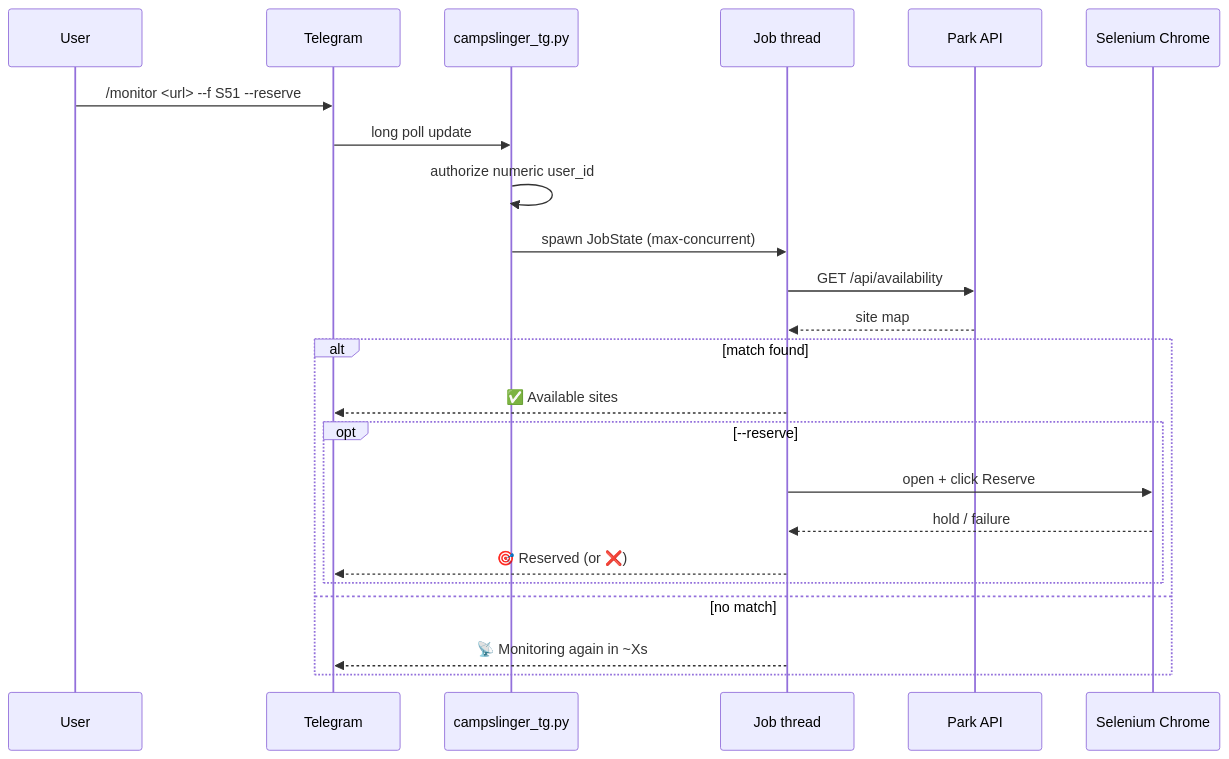
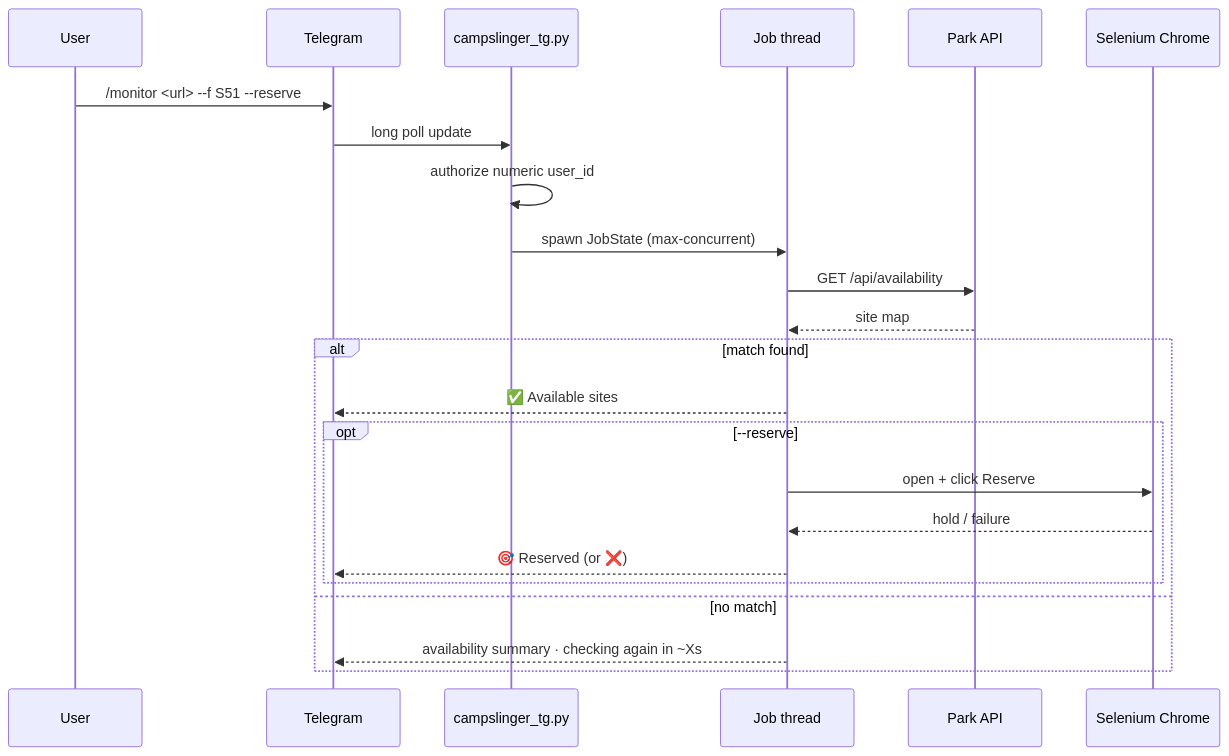
Before and after one commit to Mukrosz/campslinger: the second of 2 diagrams in README.md, drawn with Mermaid. The commit also changed other lines of this file and 12 other files, not shown here.

````diff
--- a/README.md
+++ b/README.md
@@ -257,25 +262,25 @@
 ```mermaid
 sequenceDiagram
     participant User
     participant TG as Telegram
     participant Bot as campslinger_tg.py
     participant Worker as Job thread
     participant API as Park API
     participant Chrome as Selenium Chrome
     User->>TG: /monitor <url> --f S51 --reserve
     TG->>Bot: long poll update
     Bot->>Bot: authorize numeric user_id
     Bot->>Worker: spawn JobState (max-concurrent)
     Worker->>API: GET /api/availability
     API-->>Worker: site map
     alt match found
         Worker-->>TG: ✅ Available sites
         opt --reserve
             Worker->>Chrome: open + click Reserve
             Chrome-->>Worker: hold / failure
             Worker-->>TG: 🎯 Reserved (or ❌)
         end
     else no match
-        Worker-->>TG: 📡 Monitoring again in ~Xs
+        Worker-->>TG: availability summary · checking again in ~Xs
     end
 ```
````
